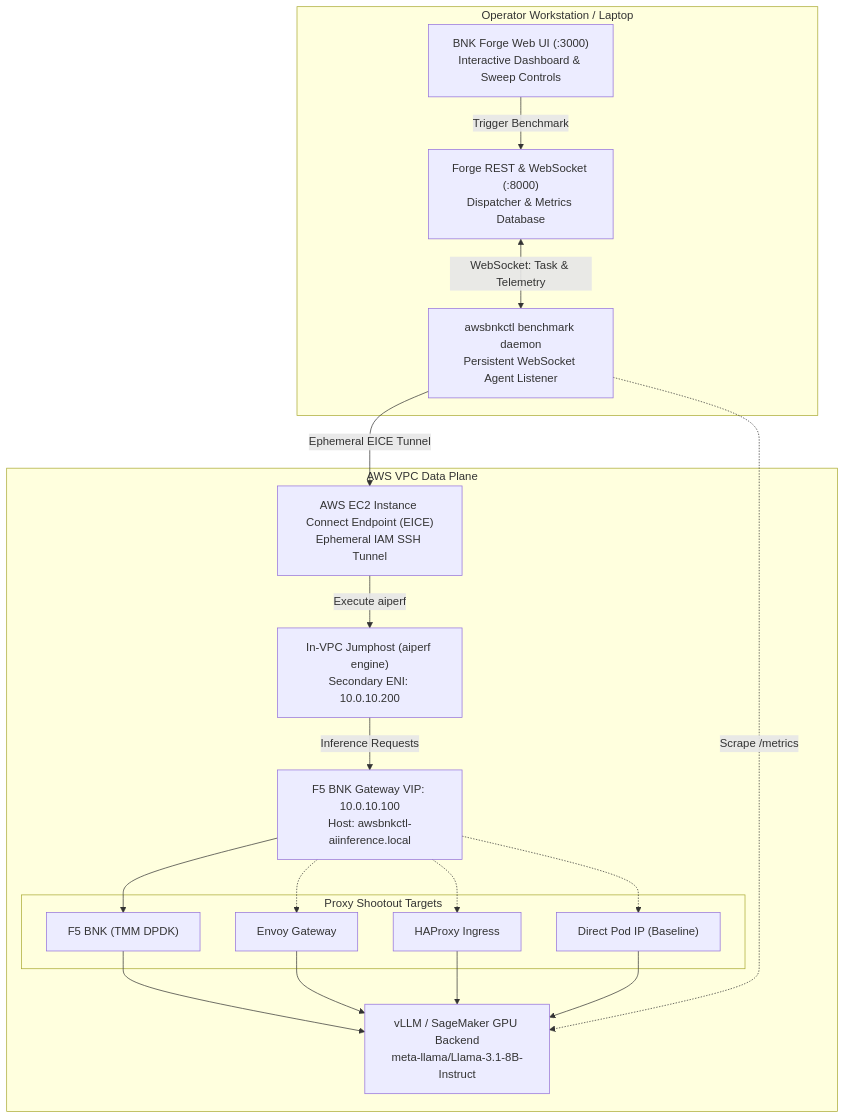
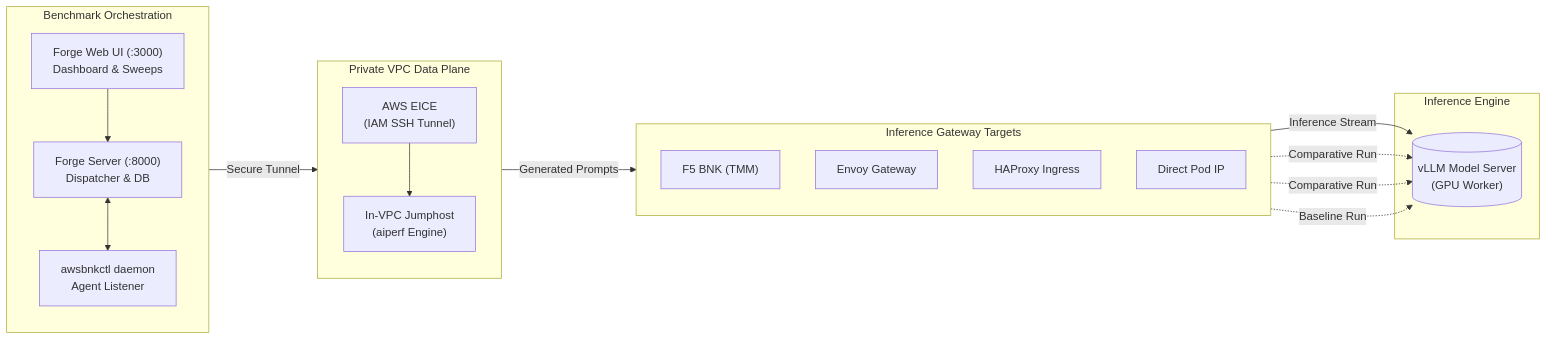
One commit to JLCode-tech/awsbnkctl changed the second of 4 diagrams in README.md. Above: the diagram before and after it, drawn with Mermaid. The commit also changed other lines of this file and 2 other files, not shown here.

Commit message:
docs: modernize diagrams and remove sales jargon

````diff
--- a/README.md
+++ b/README.md
@@ -100,34 +106,37 @@
 ```mermaid
-flowchart TD
-    subgraph Workstation["Operator Workstation / Laptop"]
-        ForgeUI["BNK Forge Web UI (:3000)<br/>Interactive Dashboard & Sweep Controls"]
-        ForgeServer["Forge REST & WebSocket (:8000)<br/>Dispatcher & Metrics Database"]
-        BenchDaemon["awsbnkctl benchmark daemon<br/>Persistent WebSocket Agent Listener"]
+flowchart LR
+    subgraph Orchestration["Benchmark Orchestration"]
+        direction TB
+        UI["Forge Web UI (:3000)<br/>Dashboard & Sweeps"]
+        Server["Forge Server (:8000)<br/>Dispatcher & DB"]
+        Daemon["awsbnkctl daemon<br/>Agent Listener"]
+        UI --> Server
+        Server <--> Daemon
     end
 
-    subgraph AWS_VPC["AWS VPC Data Plane"]
-        EICE["AWS EC2 Instance Connect Endpoint (EICE)<br/>Ephemeral IAM SSH Tunnel"]
-        JH["In-VPC Jumphost (aiperf engine)<br/>Secondary ENI: 10.0.10.200"]
-        TMM_VIP["F5 BNK Gateway VIP: 10.0.10.100<br/>Host: awsbnkctl-aiinference.local"]
-        
-        subgraph Proxies["Proxy Shootout Targets"]
-            BNK_TMM["F5 BNK (TMM DPDK)"]
-            Envoy["Envoy Gateway"]
-            HAProxy["HAProxy Ingress"]
-            NodePort["Direct Pod IP (Baseline)"]
-        end
-
-        LLM["vLLM / SageMaker GPU Backend<br/>meta-llama/Llama-3.1-8B-Instruct"]
+    subgraph VPC["Private VPC Data Plane"]
+        direction TB
+        EICE["AWS EICE<br/>(IAM SSH Tunnel)"]
+        JH["In-VPC Jumphost<br/>(aiperf Engine)"]
+        EICE --> JH
     end
 
-    ForgeUI -->|Trigger Benchmark| ForgeServer
-    ForgeServer <-->|WebSocket: Task & Telemetry| BenchDaemon
-    BenchDaemon -->|Ephemeral EICE Tunnel| EICE
-    EICE -->|Execute aiperf| JH
-    JH -->|Inference Requests| TMM_VIP
-    TMM_VIP --> BNK_TMM --> LLM
-    TMM_VIP -.-> Envoy --> LLM
-    TMM_VIP -.-> HAProxy --> LLM
-    TMM_VIP -.-> NodePort --> LLM
-    BenchDaemon -.->|Scrape /metrics| LLM
+    subgraph Targets["Inference Gateway Targets"]
+        direction TB
+        BNK["F5 BNK (TMM)"]
+        Envoy["Envoy Gateway"]
+        HAProxy["HAProxy Ingress"]
+        NodePort["Direct Pod IP"]
+    end
+
+    subgraph Backend["Inference Engine"]
+        LLM[("vLLM Model Server<br/>(GPU Worker)")]
+    end
+
+    Daemon -->|Secure Tunnel| EICE
+    JH -->|Generated Prompts| Targets
+    BNK -->|Inference Stream| LLM
+    Envoy -.->|Comparative Run| LLM
+    HAProxy -.->|Comparative Run| LLM
+    NodePort -.->|Baseline Run| LLM
 ```
````
